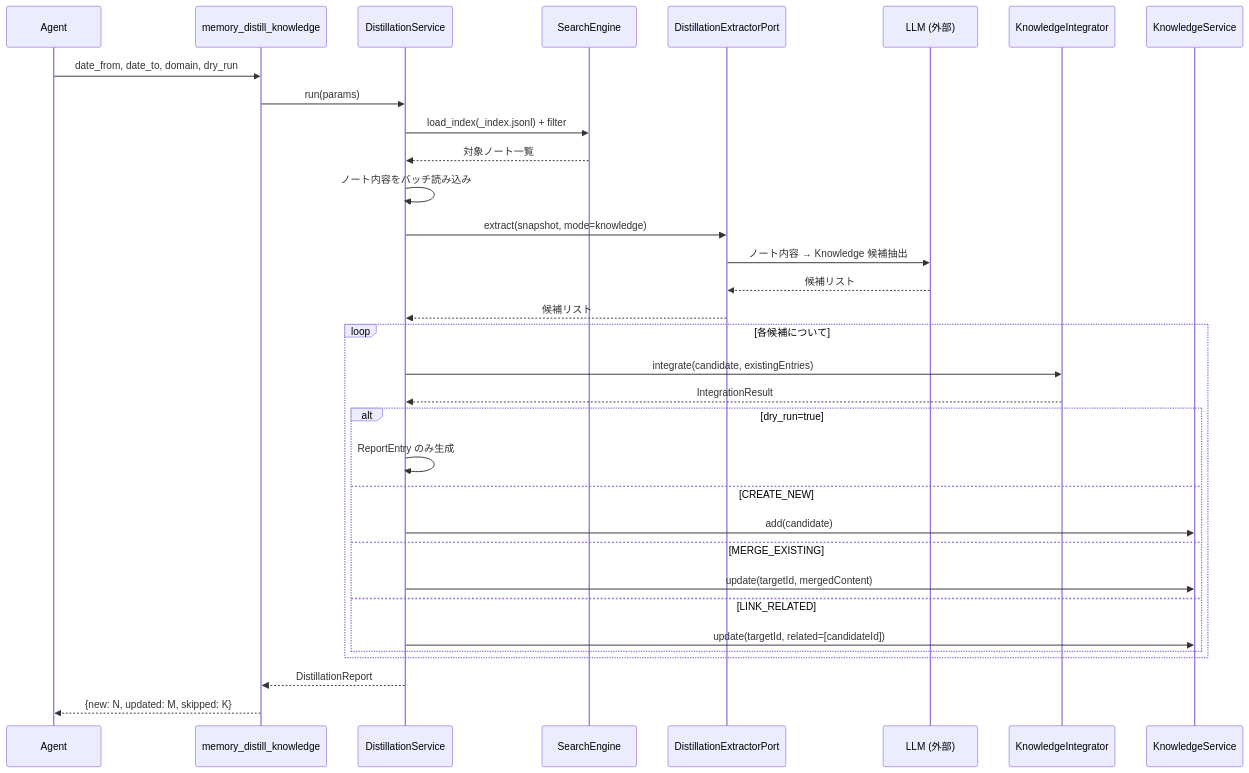
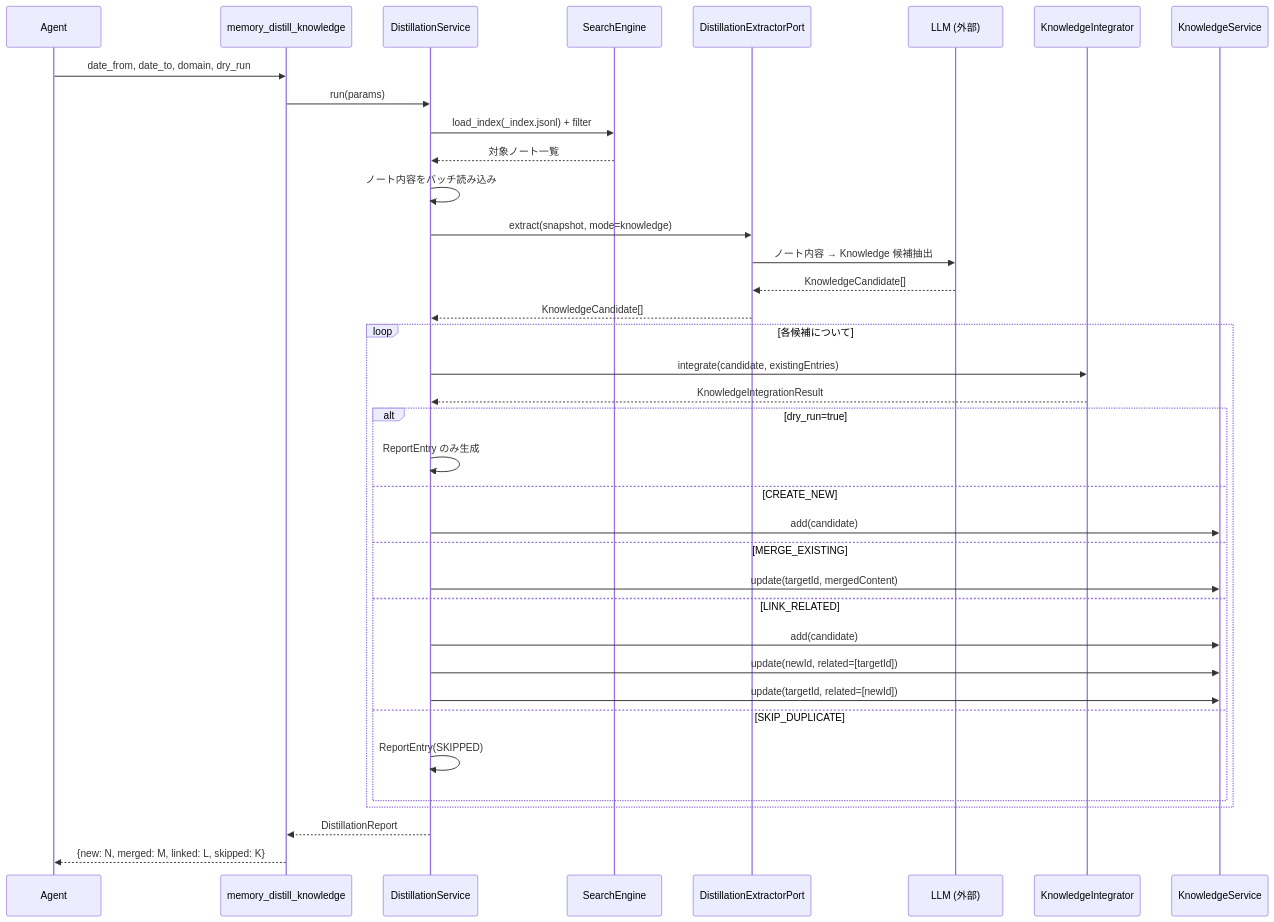
Before and after one commit to RK0429/agentic-memory: the fourth of 6 diagrams in docs/design/ARCHITECTURE-knowledge-values.md, drawn with Mermaid. The commit also changed other lines of this file and 2 other files, not shown here.

First line of the commit message:
docs: refine Knowledge/Values design docs for cross-document consistency

````diff
--- a/docs/design/ARCHITECTURE-knowledge-values.md
+++ b/docs/design/ARCHITECTURE-knowledge-values.md
@@ -228,38 +228,42 @@
 ```mermaid
 sequenceDiagram
     participant A as Agent
     participant DT as memory_distill_knowledge
     participant DS as DistillationService
     participant SE as SearchEngine
     participant DX as DistillationExtractorPort
     participant LLM as LLM (外部)
     participant KI as KnowledgeIntegrator
     participant KS as KnowledgeService
 
     A->>DT: date_from, date_to, domain, dry_run
     DT->>DS: run(params)
     DS->>SE: load_index(_index.jsonl) + filter
     SE-->>DS: 対象ノート一覧
     DS->>DS: ノート内容をバッチ読み込み
     DS->>DX: extract(snapshot, mode=knowledge)
     DX->>LLM: ノート内容 → Knowledge 候補抽出
-    LLM-->>DX: 候補リスト
-    DX-->>DS: 候補リスト
+    LLM-->>DX: KnowledgeCandidate[]
+    DX-->>DS: KnowledgeCandidate[]
 
     loop 各候補について
         DS->>KI: integrate(candidate, existingEntries)
-        KI-->>DS: IntegrationResult
+        KI-->>DS: KnowledgeIntegrationResult
         alt dry_run=true
             DS->>DS: ReportEntry のみ生成
         else CREATE_NEW
             DS->>KS: add(candidate)
         else MERGE_EXISTING
             DS->>KS: update(targetId, mergedContent)
         else LINK_RELATED
-            DS->>KS: update(targetId, related=[candidateId])
+            DS->>KS: add(candidate)
+            DS->>KS: update(newId, related=[targetId])
+            DS->>KS: update(targetId, related=[newId])
+        else SKIP_DUPLICATE
+            DS->>DS: ReportEntry(SKIPPED)
         end
     end
 
     DS-->>DT: DistillationReport
-    DT-->>A: {new: N, updated: M, skipped: K}
+    DT-->>A: {new: N, merged: M, linked: L, skipped: K}
 ```
````
